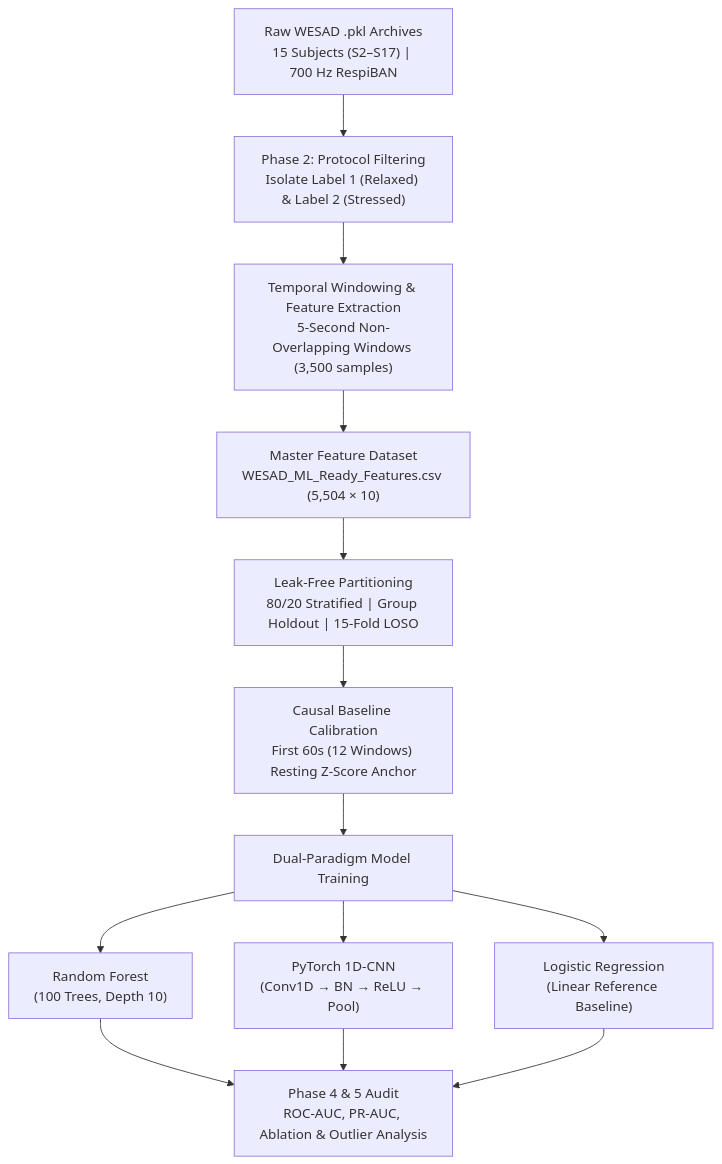
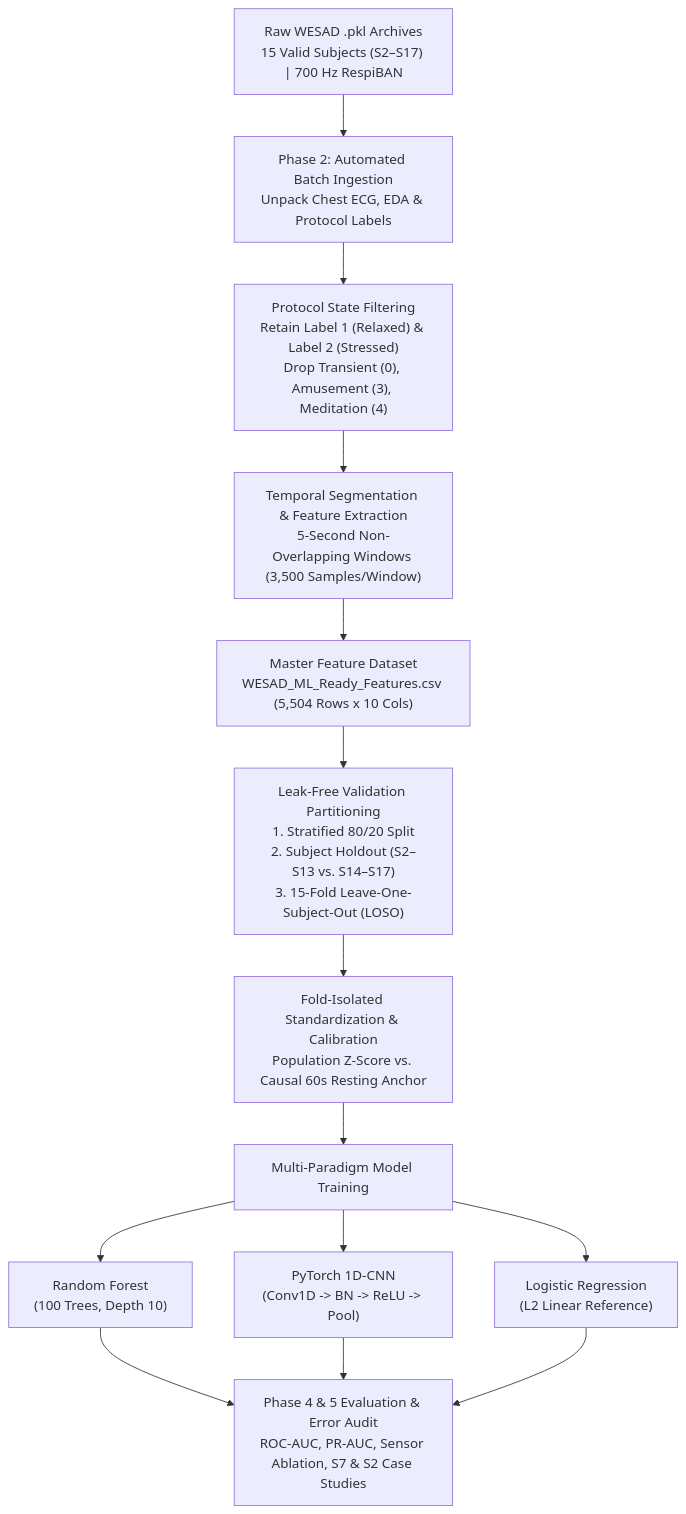
One commit to ahmykhan/WESAD-Stress-Classification changed the diagram in README.md. Above: the diagram before and after it, drawn with Mermaid. The commit also changed other lines of this file, not shown here.

````diff
--- a/README.md
+++ b/README.md
@@ -26,13 +30,14 @@
 ```mermaid
 flowchart TD
-    Raw["Raw WESAD .pkl Archives<br/>15 Subjects (S2–S17) | 700 Hz RespiBAN"] --> Filter["Phase 2: Protocol Filtering<br/>Isolate Label 1 (Relaxed) & Label 2 (Stressed)"]
-    Filter --> Window["Temporal Windowing & Feature Extraction<br/>5-Second Non-Overlapping Windows (3,500 samples)"]
-    Window --> MasterCSV["Master Feature Dataset<br/>WESAD_ML_Ready_Features.csv (5,504 × 10)"]
-    MasterCSV --> Split["Leak-Free Partitioning<br/>80/20 Stratified | Group Holdout | 15-Fold LOSO"]
-    Split --> Calib["Causal Baseline Calibration<br/>First 60s (12 Windows) Resting Z-Score Anchor"]
-    Calib --> Models["Dual-Paradigm Model Training"]
+    Raw["Raw WESAD .pkl Archives<br/>15 Valid Subjects (S2–S17) | 700 Hz RespiBAN"] --> Ingest["Phase 2: Automated Batch Ingestion<br/>Unpack Chest ECG, EDA & Protocol Labels"]
+    Ingest --> Filter["Protocol State Filtering<br/>Retain Label 1 (Relaxed) & Label 2 (Stressed)<br/>Drop Transient (0), Amusement (3), Meditation (4)"]
+    Filter --> Window["Temporal Segmentation & Feature Extraction<br/>5-Second Non-Overlapping Windows (3,500 Samples/Window)"]
+    Window --> MasterCSV["Master Feature Dataset<br/>WESAD_ML_Ready_Features.csv (5,504 Rows x 10 Cols)"]
+    MasterCSV --> Partition["Leak-Free Validation Partitioning<br/>1. Stratified 80/20 Split<br/>2. Subject Holdout (S2–S13 vs. S14–S17)<br/>3. 15-Fold Leave-One-Subject-Out (LOSO)"]
+    Partition --> Scale["Fold-Isolated Standardization & Calibration<br/>Population Z-Score vs. Causal 60s Resting Anchor"]
+    Scale --> Models["Multi-Paradigm Model Training"]
     Models --> RF["Random Forest<br/>(100 Trees, Depth 10)"]
-    Models --> CNN["PyTorch 1D-CNN<br/>(Conv1D → BN → ReLU → Pool)"]
-    Models --> LR["Logistic Regression<br/>(Linear Reference Baseline)"]
-    RF & CNN & LR --> Eval["Phase 4 & 5 Audit<br/>ROC-AUC, PR-AUC, Ablation & Outlier Analysis"]
+    Models --> CNN["PyTorch 1D-CNN<br/>(Conv1D -> BN -> ReLU -> Pool)"]
+    Models --> LR["Logistic Regression<br/>(L2 Linear Reference)"]
+    RF & CNN & LR --> Audit["Phase 4 & 5 Evaluation & Error Audit<br/>ROC-AUC, PR-AUC, Sensor Ablation, S7 & S2 Case Studies"]
 ```
````
